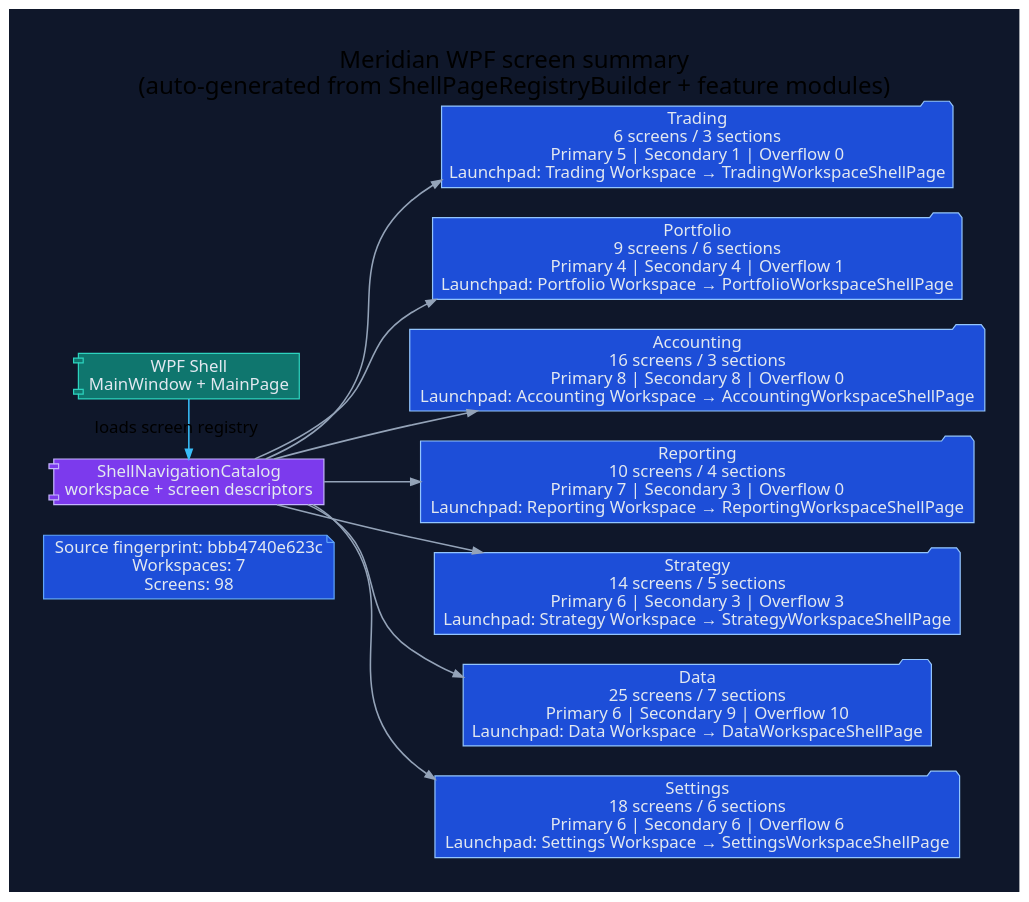
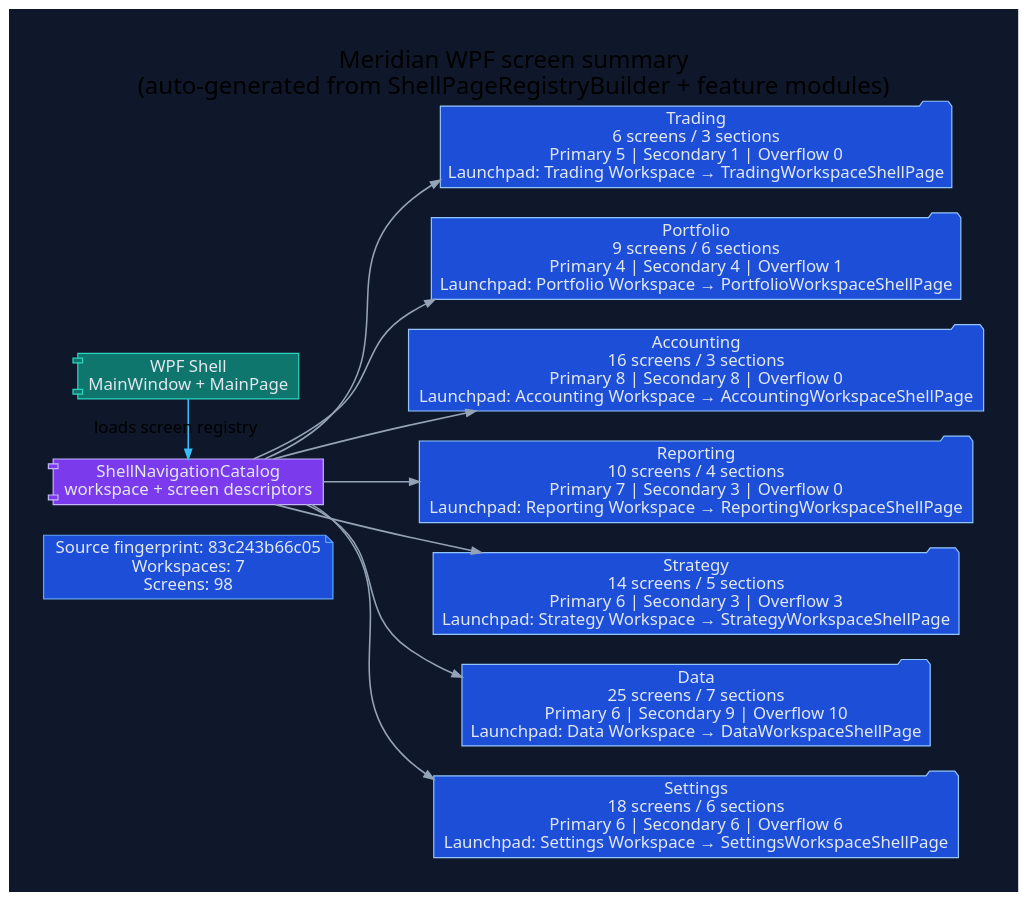
One commit to rodoHasArrived/Meridian-main changed the diagram in docs/diagrams/ui/ui-wpf-screen-summary.dot. Above: the diagram before and after it, drawn with Graphviz. The commit also changed 46 other files, not shown here.

```diff
--- a/docs/diagrams/ui/ui-wpf-screen-summary.dot
+++ b/docs/diagrams/ui/ui-wpf-screen-summary.dot
@@ -1,42 +1,42 @@
 // -----------------------------------------------------------------------------
 // <auto-generated>
 // Generated by scripts/generate-diagrams.mjs.
 // Do not edit this file directly; update the WPF source files instead.
 // -----------------------------------------------------------------------------
 digraph WpfScreenSummary {
   graph [
     rankdir=LR,
     labelloc=t,
     label="Meridian WPF screen summary\n(auto-generated from ShellPageRegistryBuilder + feature modules)",
     fontname="Segoe UI",
     fontsize=20,
     pad=0.4,
     nodesep=0.35,
     ranksep=0.85,
     bgcolor="#0f172a"
   ];
   node [fontname="Segoe UI", shape=box, style="rounded,filled", color="#475569", fontcolor="#e2e8f0", fillcolor="#1e293b"];
   edge [fontname="Segoe UI", color="#94a3b8", penwidth=1.3, arrowsize=0.8];
 
-  generated [shape=note, fillcolor="#1d4ed8", color="#60a5fa", label="Source fingerprint: bbb4740e623c\nWorkspaces: 7\nScreens: 98"];
+  generated [shape=note, fillcolor="#1d4ed8", color="#60a5fa", label="Source fingerprint: 83c243b66c05\nWorkspaces: 7\nScreens: 98"];
   shell [shape=component, fillcolor="#0f766e", color="#2dd4bf", label="WPF Shell\nMainWindow + MainPage"];
   catalog [shape=component, fillcolor="#7c3aed", color="#c4b5fd", label="ShellNavigationCatalog\nworkspace + screen descriptors"];
   shell -> catalog [label="loads screen registry", color="#38bdf8"];
 
   workspace_1 [shape=folder, fillcolor="#1d4ed8", color="#93c5fd", label="Trading\n6 screens / 3 sections\nPrimary 5 | Secondary 1 | Overflow 0\nLaunchpad: Trading Workspace → TradingWorkspaceShellPage"];
   catalog -> workspace_1;
   workspace_2 [shape=folder, fillcolor="#1d4ed8", color="#93c5fd", label="Portfolio\n9 screens / 6 sections\nPrimary 4 | Secondary 4 | Overflow 1\nLaunchpad: Portfolio Workspace → PortfolioWorkspaceShellPage"];
   catalog -> workspace_2;
   workspace_3 [shape=folder, fillcolor="#1d4ed8", color="#93c5fd", label="Accounting\n16 screens / 3 sections\nPrimary 8 | Secondary 8 | Overflow 0\nLaunchpad: Accounting Workspace → AccountingWorkspaceShellPage"];
   catalog -> workspace_3;
   workspace_4 [shape=folder, fillcolor="#1d4ed8", color="#93c5fd", label="Reporting\n10 screens / 4 sections\nPrimary 7 | Secondary 3 | Overflow 0\nLaunchpad: Reporting Workspace → ReportingWorkspaceShellPage"];
   catalog -> workspace_4;
   workspace_5 [shape=folder, fillcolor="#1d4ed8", color="#93c5fd", label="Strategy\n14 screens / 5 sections\nPrimary 6 | Secondary 3 | Overflow 3\nLaunchpad: Strategy Workspace → StrategyWorkspaceShellPage"];
   catalog -> workspace_5;
   workspace_6 [shape=folder, fillcolor="#1d4ed8", color="#93c5fd", label="Data\n25 screens / 7 sections\nPrimary 6 | Secondary 9 | Overflow 10\nLaunchpad: Data Workspace → DataWorkspaceShellPage"];
   catalog -> workspace_6;
   workspace_7 [shape=folder, fillcolor="#1d4ed8", color="#93c5fd", label="Settings\n18 screens / 6 sections\nPrimary 6 | Secondary 6 | Overflow 6\nLaunchpad: Settings Workspace → SettingsWorkspaceShellPage"];
   catalog -> workspace_7;
 
   { rank=min; generated; shell; catalog; }
 }
```
